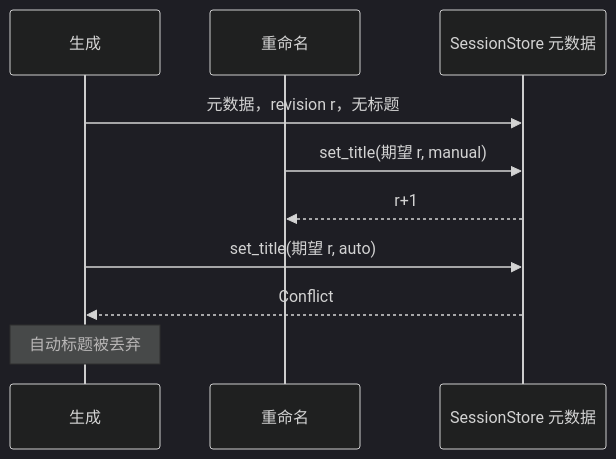
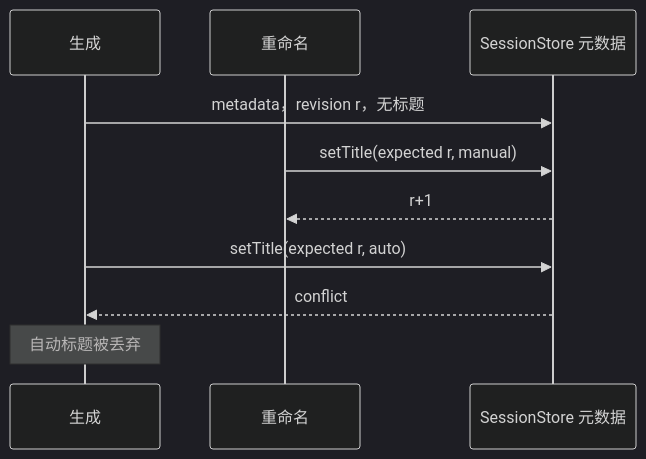
Before and after one commit to CoutinhoTTS/dim-agent: the fifth of 5 diagrams in docs/zh/design/plugins/SessionTitle.md, drawn with Mermaid (dark theme). The commit also changed other lines of this file and 18 other files, not shown here.

````diff
--- a/docs/zh/design/plugins/SessionTitle.md
+++ b/docs/zh/design/plugins/SessionTitle.md
@@ -107,12 +107,12 @@
 ```mermaid
 sequenceDiagram
   participant G as 生成
   participant R as 重命名
   participant Meta as SessionStore 元数据
-  G->>Meta: 元数据，revision r，无标题
-  R->>Meta: set_title(期望 r, manual)
+  G->>Meta: metadata，revision r，无标题
+  R->>Meta: setTitle(expected r, manual)
   Meta-->>R: r+1
-  G->>Meta: set_title(期望 r, auto)
-  Meta-->>G: Conflict
+  G->>Meta: setTitle(expected r, auto)
+  Meta-->>G: conflict
   Note over G: 自动标题被丢弃
 ```
````
